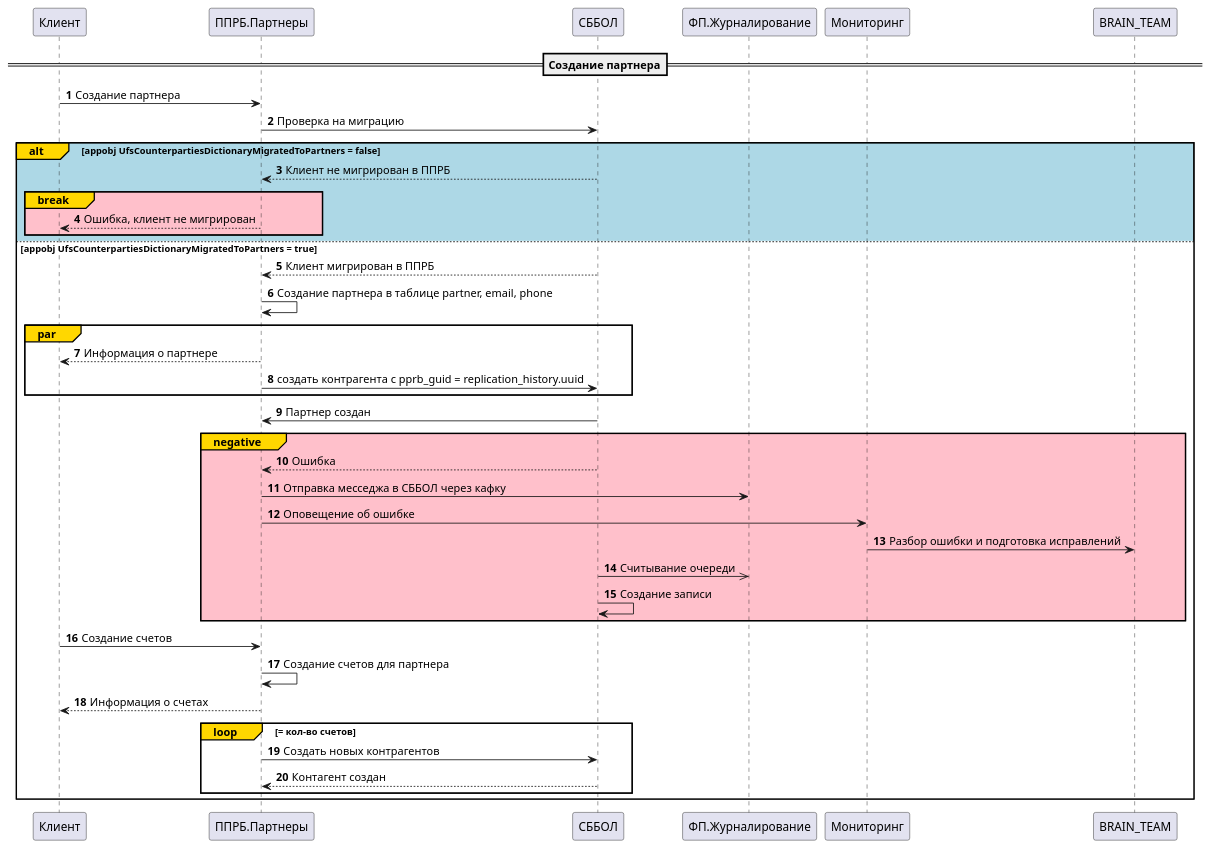
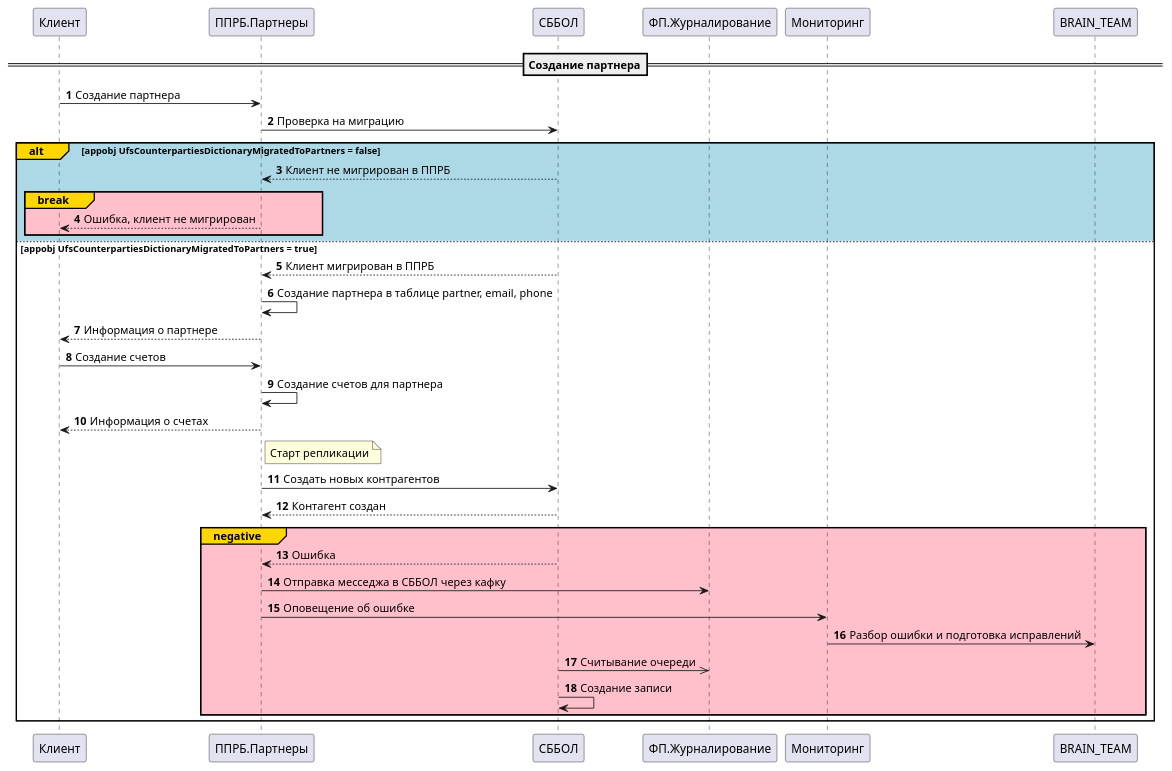
The diagram in docs/diagrams/scenarios/2.1. Сценарий с ограничением по миграции ППРБ.puml (SSV4791/sbbol-partners), drawn with PlantUML before and after one commit. The commit also changed 294 other files, not shown here.

```diff
--- a/docs/diagrams/scenarios/2.1. Сценарий с ограничением по миграции ППРБ.puml
+++ b/docs/diagrams/scenarios/2.1. Сценарий с ограничением по миграции ППРБ.puml
@@ -1,36 +1,33 @@
 @startuml
 'https://plantuml.com/sequence-diagram
 autonumber
 ==Создание партнера==
 Клиент -> ППРБ.Партнеры: Создание партнера
 ППРБ.Партнеры -> СББОЛ: Проверка на миграцию
 alt#Gold #lightblue appobj UfsCounterpartiesDictionaryMigratedToPartners = false
 СББОЛ --> ППРБ.Партнеры: Клиент не мигрирован в ППРБ
 break#gold #pink
 ППРБ.Партнеры --> Клиент: Ошибка, клиент не мигрирован
 end
 else #white appobj UfsCounterpartiesDictionaryMigratedToPartners = true
 СББОЛ --> ППРБ.Партнеры: Клиент мигрирован в ППРБ
 ППРБ.Партнеры -> ППРБ.Партнеры: Создание партнера в таблице partner, email, phone
-par#gold
 ППРБ.Партнеры --> Клиент: Информация о партнере
-ППРБ.Партнеры -> СББОЛ: создать контрагента c pprb_guid = replication_history.uuid
-end
-СББОЛ -> ППРБ.Партнеры: Партнер создан
+Клиент -> ППРБ.Партнеры: Создание счетов
+ППРБ.Партнеры -> ППРБ.Партнеры: Создание счетов для партнера
+ППРБ.Партнеры --> Клиент: Информация о счетах
+note right of ППРБ.Партнеры
+Старт репликации
+end note
+ППРБ.Партнеры -> СББОЛ: Создать новых контрагентов
+СББОЛ --> ППРБ.Партнеры: Контагент создан
 group#Gold #pink negative
 СББОЛ --> ППРБ.Партнеры: Ошибка
 ППРБ.Партнеры -> ФП.Журналирование: Отправка месседжа в СББОЛ через кафку
 ППРБ.Партнеры -> Мониторинг: Оповещение об ошибке
 Мониторинг -> BRAIN_TEAM: Разбор ошибки и подготовка исправлений
 СББОЛ ->> ФП.Журналирование: Считывание очереди
 СББОЛ -> СББОЛ: Создание записи
 end
-Клиент -> ППРБ.Партнеры: Создание счетов
-ППРБ.Партнеры -> ППРБ.Партнеры: Создание счетов для партнера
-ППРБ.Партнеры --> Клиент: Информация о счетах
-loop#gold = кол-во счетов
-ППРБ.Партнеры -> СББОЛ: Создать новых контрагентов
-СББОЛ --> ППРБ.Партнеры: Контагент создан
-end
 end
 @enduml
```
